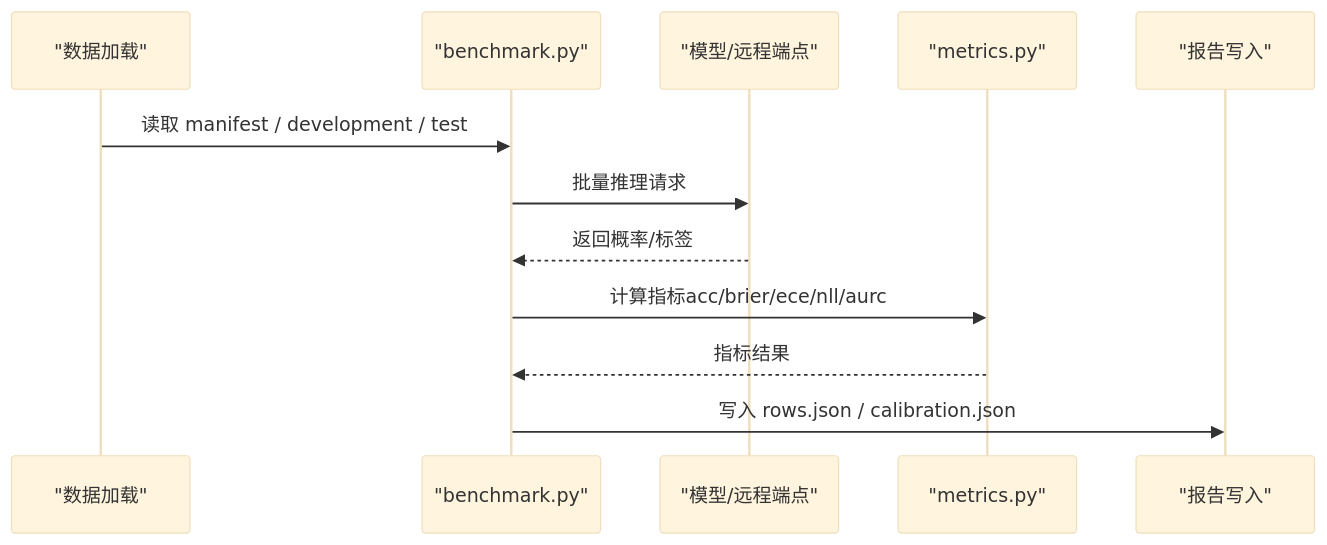
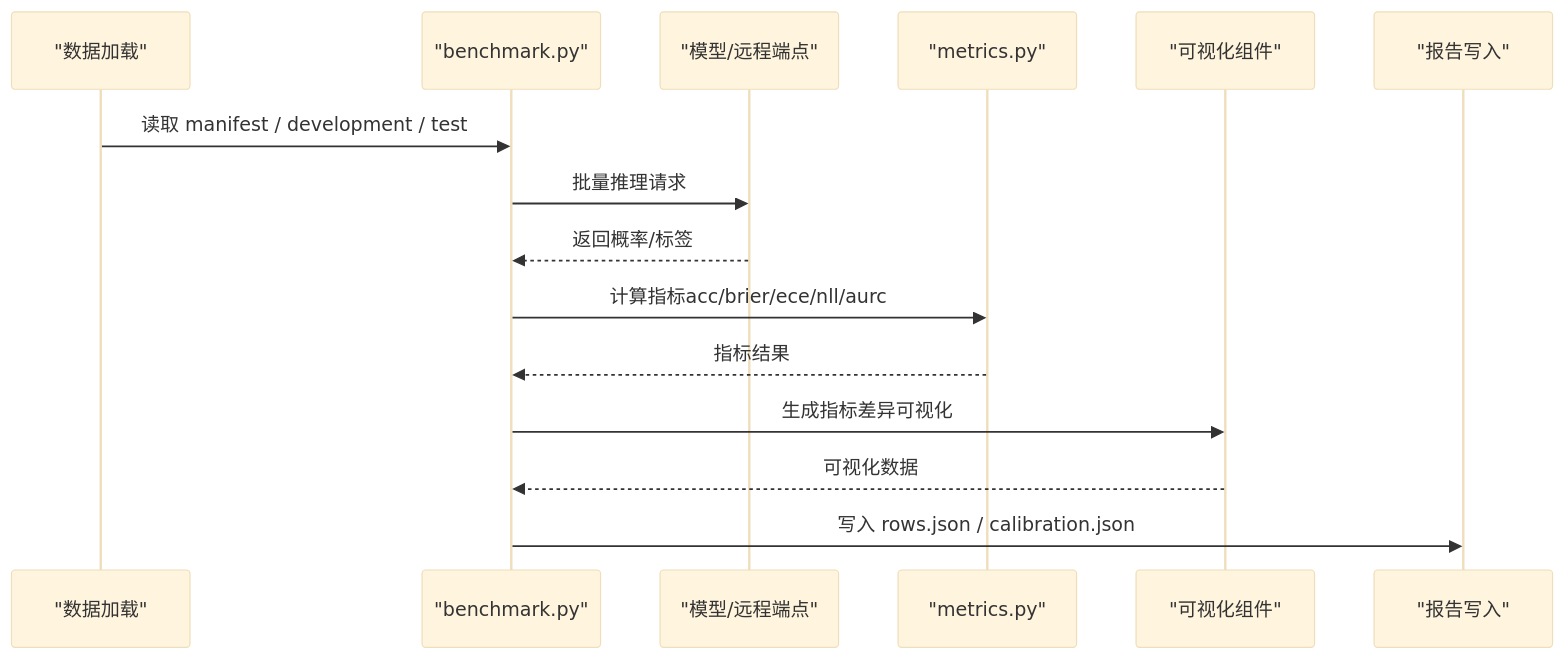
Before and after one commit to joezxh/kev: the fifth of 10 diagrams in .qoder/repowiki/zh/content/评估系统/评估系统.md, drawn with Mermaid (base theme). The commit also changed other lines of this file and 101 other files, not shown here.

````diff
--- a/.qoder/repowiki/zh/content/评估系统/评估系统.md
+++ b/.qoder/repowiki/zh/content/评估系统/评估系统.md
@@ -313,14 +360,17 @@
 ```mermaid
 sequenceDiagram
 participant Loader as "数据加载"
 participant Runner as "benchmark.py"
 participant Predictor as "模型/远程端点"
 participant Scorer as "metrics.py"
+participant Visualizer as "可视化组件"
 participant Writer as "报告写入"
 Loader->>Runner : 读取 manifest / development / test
 Runner->>Predictor : 批量推理请求
 Predictor-->>Runner : 返回概率/标签
 Runner->>Scorer : 计算指标acc/brier/ece/nll/aurc
 Scorer-->>Runner : 指标结果
+Runner->>Visualizer : 生成指标差异可视化
+Visualizer-->>Runner : 可视化数据
 Runner->>Writer : 写入 rows.json / calibration.json
 ```
````
